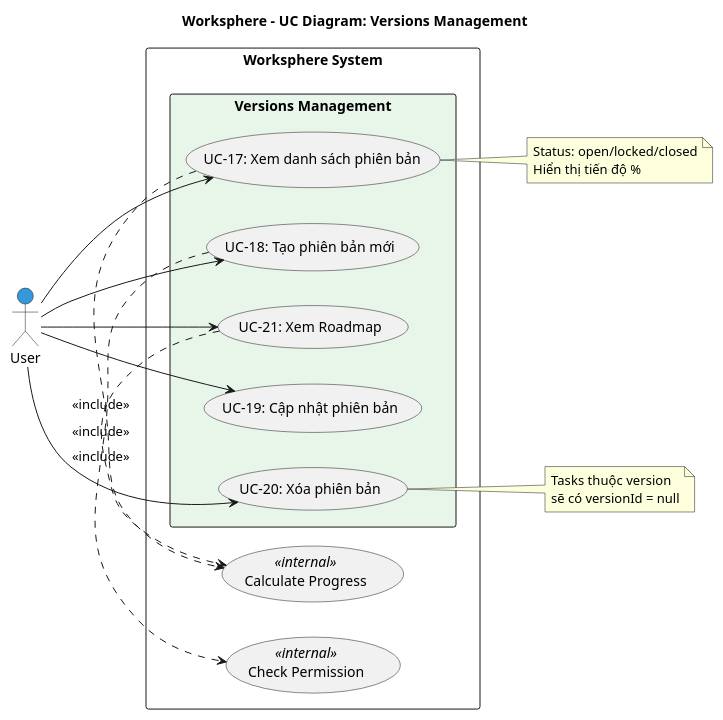
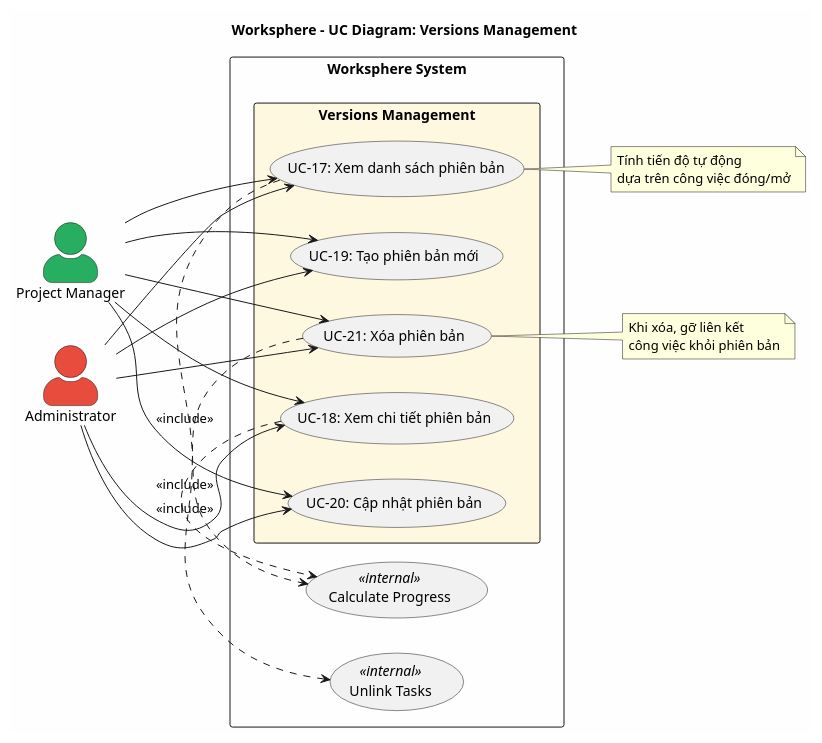
One commit to docuong039/worksphere changed the diagram in docs/usecases/05-versions-management.md. Above: the diagram before and after it, drawn with PlantUML. The commit also changed other lines of this file and 44 other files, not shown here.

Commit message:
update diagram trong docs

````diff
--- a/docs/usecases/05-versions-management.md
+++ b/docs/usecases/05-versions-management.md
@@ -17,43 +33,52 @@
 ```plantuml
 @startuml
 left to right direction
 skinparam packageStyle rectangle
+skinparam actorStyle awesome
+skinparam backgroundColor #FEFEFE
 
 title Worksphere - UC Diagram: Versions Management
 
-actor "User" as User #3498DB
+actor "Project Manager" as PM #27AE60
+actor "Administrator" as Admin #E74C3C
 
 rectangle "Worksphere System" {
-  package "Versions Management" #E8F5E9 {
+  package "Versions Management" #FFF8E1 {
     usecase "UC-17: Xem danh sách phiên bản" as UC17
-    usecase "UC-18: Tạo phiên bản mới" as UC18
-    usecase "UC-19: Cập nhật phiên bản" as UC19
-    usecase "UC-20: Xóa phiên bản" as UC20
-    usecase "UC-21: Xem Roadmap" as UC21
+    usecase "UC-18: Xem chi tiết phiên bản" as UC18
+    usecase "UC-19: Tạo phiên bản mới" as UC19
+    usecase "UC-20: Cập nhật phiên bản" as UC20
+    usecase "UC-21: Xóa phiên bản" as UC21
   }
   
-  usecase "Check Permission" as UC_PERM <<internal>>
   usecase "Calculate Progress" as UC_PROG <<internal>>
+  usecase "Unlink Tasks" as UC_UNLINK <<internal>>
 }
 
-User --> UC17
-User --> UC18
-User --> UC19
-User --> UC20
-User --> UC21
+PM --> UC17
+PM --> UC18
+PM --> UC19
+PM --> UC20
+PM --> UC21
+
+Admin --> UC17
+Admin --> UC18
+Admin --> UC19
+Admin --> UC20
+Admin --> UC21
 
 UC17 .> UC_PROG : <<include>>
-UC18 .> UC_PERM : <<include>>
-UC21 .> UC_PROG : <<include>>
+UC18 .> UC_PROG : <<include>>
+UC21 .> UC_UNLINK : <<include>>
 
 note right of UC17
-  Status: open/locked/closed
-  Hiển thị tiến độ %
+  Tính tiến độ tự động
+  dựa trên công việc đóng/mở
 end note
 
-note right of UC20
-  Tasks thuộc version
-  sẽ có versionId = null
+note right of UC21
+  Khi xóa, gỡ liên kết
+  công việc khỏi phiên bản
 end note
 @enduml
 ```
````
